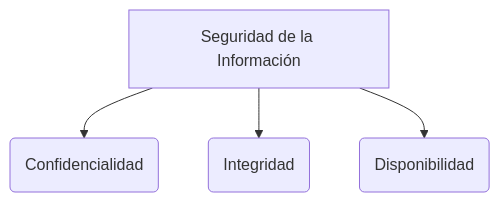
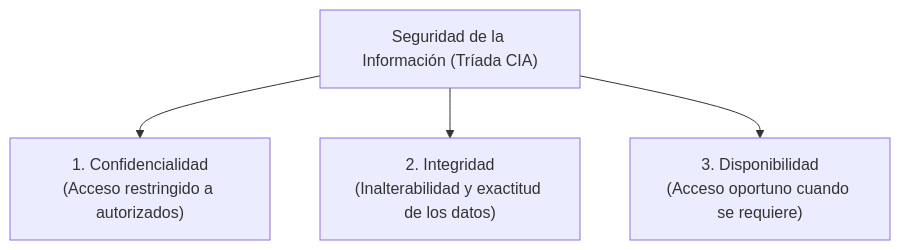
One commit to kalech7/notes changed the first of 3 diagrams in Obsidian/pregrado/Documentos/seguridad informatica/Triada CIA.md. Above: the diagram before and after it, drawn with Mermaid. The commit also changed other lines of this file and 339 other files, not shown here.

Commit message:
feat(pregrado): reorganiza y completa notas de la malla curricular EPN con enfoque pedagogico y diagramas

````diff
--- a/Obsidian/pregrado/Documentos/seguridad informatica/Triada CIA.md
+++ b/Obsidian/pregrado/Documentos/seguridad informatica/Triada CIA.md
@@ -33,6 +29,7 @@
 ```mermaid
-graph TD
-    A[Seguridad de la Información] --> B(Confidencialidad)
-    A --> C(Integridad)
-    A --> D(Disponibilidad)
+flowchart TD
+    CIA["Seguridad de la Información (Tríada CIA)"]
+    CIA --> C["1. Confidencialidad<br/>(Acceso restringido a autorizados)"]
+    CIA --> I["2. Integridad<br/>(Inalterabilidad y exactitud de los datos)"]
+    CIA --> A["3. Disponibilidad<br/>(Acceso oportuno cuando se requiere)"]
 ```
````
